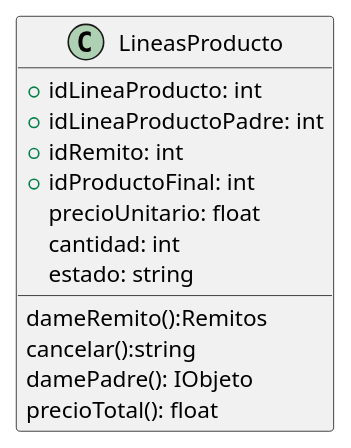
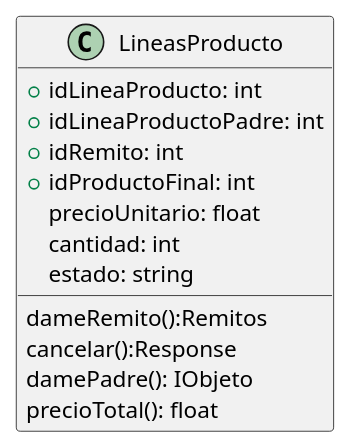
The diagram in DiagramaClases/Clases/LineasProducto.puml (ZMGestion/DocumentacionZMGestion), drawn with PlantUML before and after one commit. The commit also changed 27 other files, not shown here.

```diff
--- a/DiagramaClases/Clases/LineasProducto.puml
+++ b/DiagramaClases/Clases/LineasProducto.puml
@@ -1,16 +1,16 @@
 @startuml LineasProducto
 class LineasProducto{
     +idLineaProducto: int
     +idLineaProductoPadre: int
     +idRemito: int
     +idProductoFinal: int
     precioUnitario: float
     cantidad: int
     estado: string
 
     dameRemito():Remitos
-    cancelar():string
+    cancelar():Response
     damePadre(): IObjeto
     precioTotal(): float
 }
 @enduml
```
